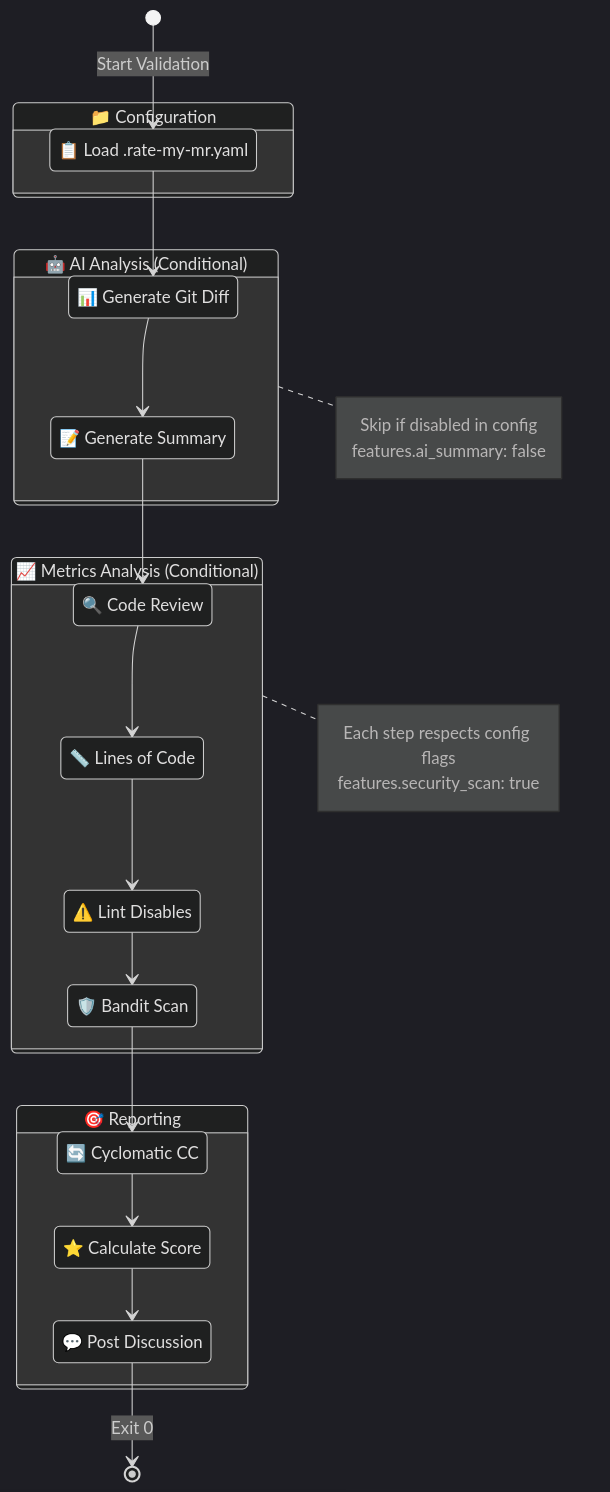
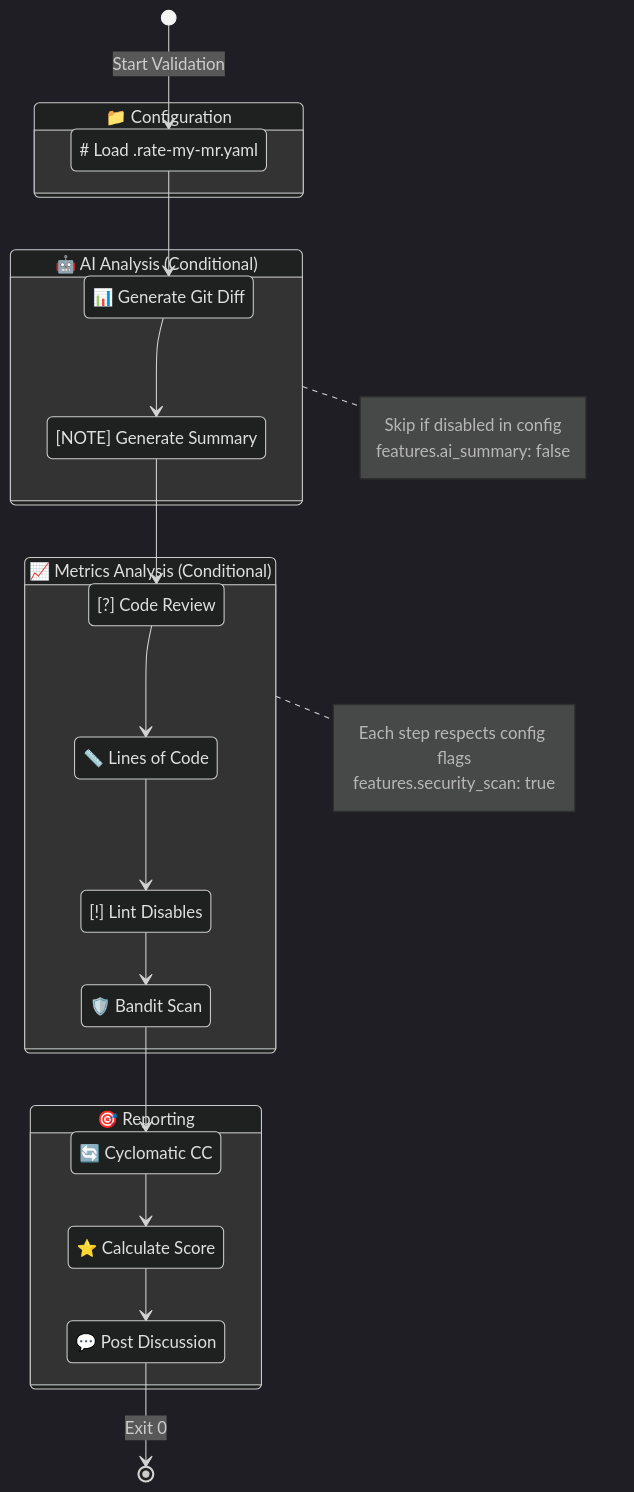
Before and after one commit to vigneshpalanivelr/commit-validator: the fifth of 6 diagrams in ARCHITECTURE.md, drawn with Mermaid (dark theme). The commit also changed other lines of this file and 5 other files, not shown here.

````diff
--- a/ARCHITECTURE.md
+++ b/ARCHITECTURE.md
@@ -418,47 +418,47 @@
 ```mermaid
 stateDiagram-v2
     [*] --> LoadConfig: Start Validation
 
     state "📁 Configuration" as Config {
-        LoadConfig: 📋 Load .rate-my-mr.yaml
+        LoadConfig: # Load .rate-my-mr.yaml
         LoadConfig --> CreateDiff
         CreateDiff: 📊 Generate Git Diff
     }
 
     state "🤖 AI Analysis (Conditional)" as AI {
         CreateDiff --> AISummary
-        AISummary: 📝 Generate Summary
+        AISummary: [NOTE] Generate Summary
         AISummary --> AICodeReview
-        AICodeReview: 🔍 Code Review
+        AICodeReview: [?] Code Review
     }
 
     state "📈 Metrics Analysis (Conditional)" as Metrics {
         AICodeReview --> LOCAnalysis
         LOCAnalysis: 📏 Lines of Code
         LOCAnalysis --> LintCheck
-        LintCheck: ⚠️ Lint Disables
+        LintCheck: [!] Lint Disables
         LintCheck --> SecurityScan
         SecurityScan: 🛡️ Bandit Scan
         SecurityScan --> Complexity
         Complexity: 🔄 Cyclomatic CC
     }
 
     state "🎯 Reporting" as Report {
         Complexity --> Rating
         Rating: ⭐ Calculate Score
         Rating --> PostToGitLab
         PostToGitLab: 💬 Post Discussion
     }
 
     PostToGitLab --> [*]: Exit 0
 
     note right of AI
         Skip if disabled in config
         features.ai_summary: false
     end note
 
     note right of Metrics
         Each step respects config flags
         features.security_scan: true
     end note
 ```
````
